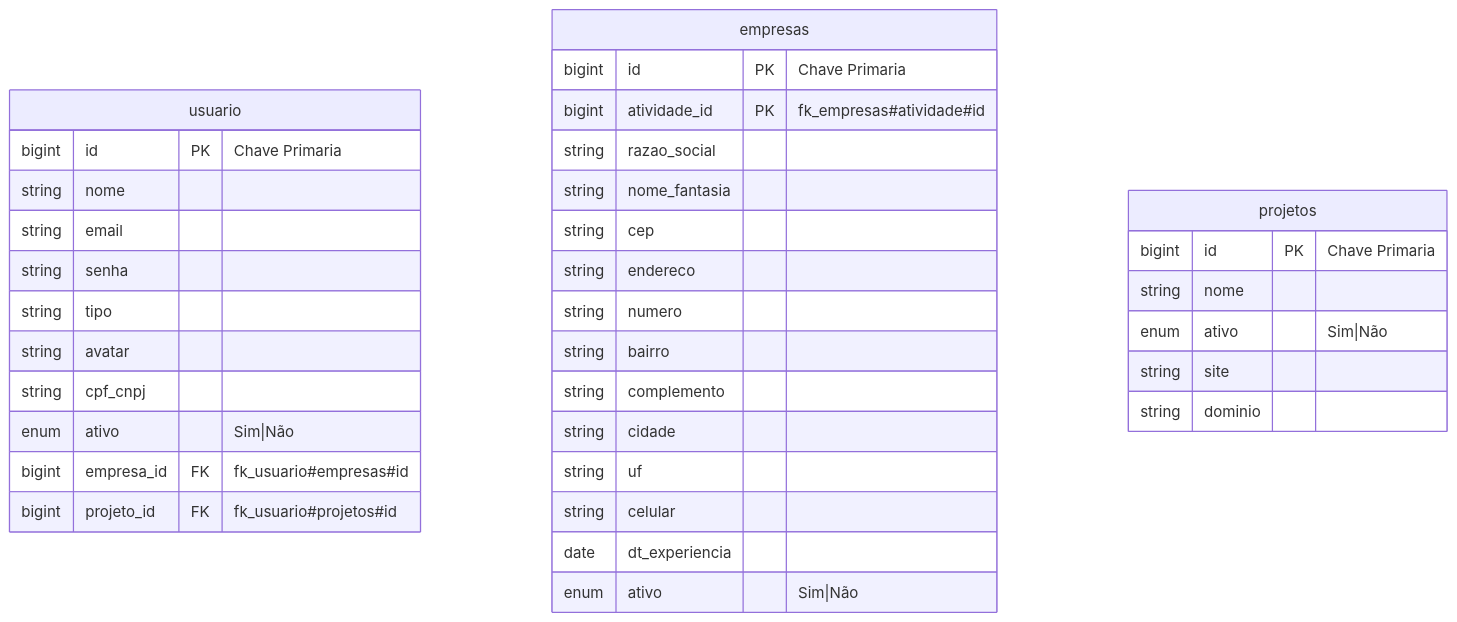
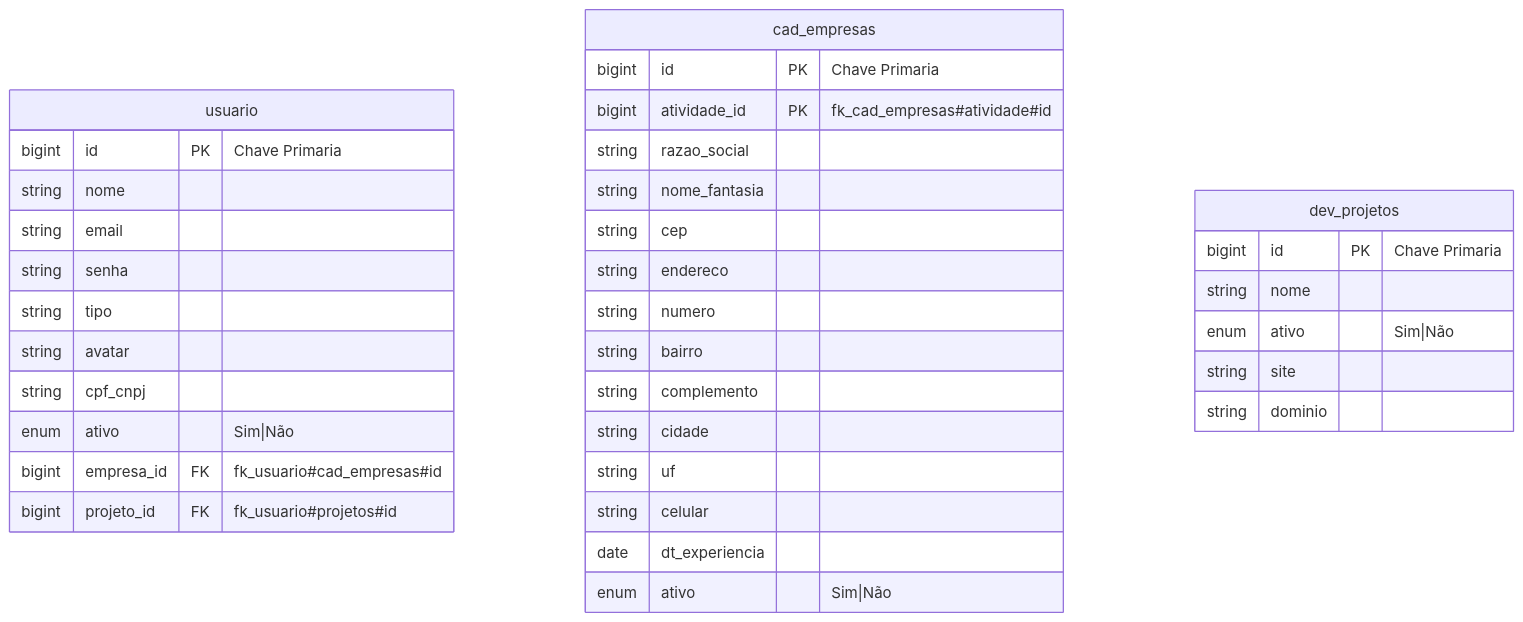
One commit to o-novo-dev/projeto-sistema changed the third of 8 diagrams in doc/modulo/laboratório.md. Above: the diagram before and after it, drawn with Mermaid. The commit also changed other lines of this file and 33 other files, not shown here.

````diff
--- a/doc/modulo/laboratório.md
+++ b/doc/modulo/laboratório.md
@@ -46,38 +46,38 @@
 ```mermaid
 erDiagram
   usuario {
     bigint id PK "Chave Primaria"
     string nome
     string email
     string senha
     string tipo
     string avatar
     string cpf_cnpj
     enum ativo "Sim|Não"
-    bigint empresa_id FK "fk_usuario#empresas#id"
+    bigint empresa_id FK "fk_usuario#cad_empresas#id"
     bigint projeto_id FK "fk_usuario#projetos#id"
   }
-  empresas {
+  cad_empresas {
     bigint id PK "Chave Primaria"
-    bigint atividade_id PK "fk_empresas#atividade#id"
+    bigint atividade_id PK "fk_cad_empresas#atividade#id"
     string razao_social
     string nome_fantasia
     string cep
     string endereco
     string numero
     string bairro
     string complemento
     string cidade
     string uf
     string celular
     date dt_experiencia
     enum ativo "Sim|Não"
   }
-  projetos {
+  dev_projetos {
     bigint id PK "Chave Primaria"
     string nome
     enum ativo "Sim|Não"
     string site
     string dominio
   }
 ```
````
